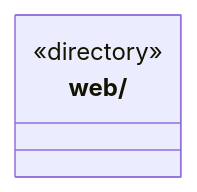
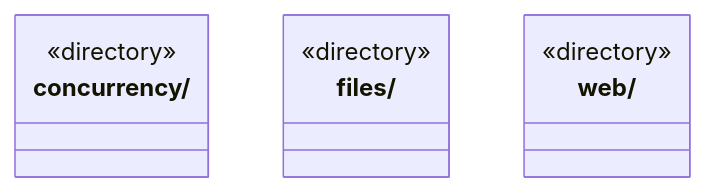
The diagram in src/foundations/ARCHITECTURE.md (nan023062/cbim), drawn with Mermaid before and after one commit. The commit also changed other lines of this file and 98 other files, not shown here.

````diff
--- a/src/foundations/ARCHITECTURE.md
+++ b/src/foundations/ARCHITECTURE.md
@@ -15,6 +15,12 @@
 ```mermaid
 classDiagram
+class N_src_foundations_concurrency["concurrency/"] {
+  <<directory>>
+}
+class N_src_foundations_files["files/"] {
+  <<directory>>
+}
 class N_src_foundations_web["web/"] {
   <<directory>>
 }
 ```
````
